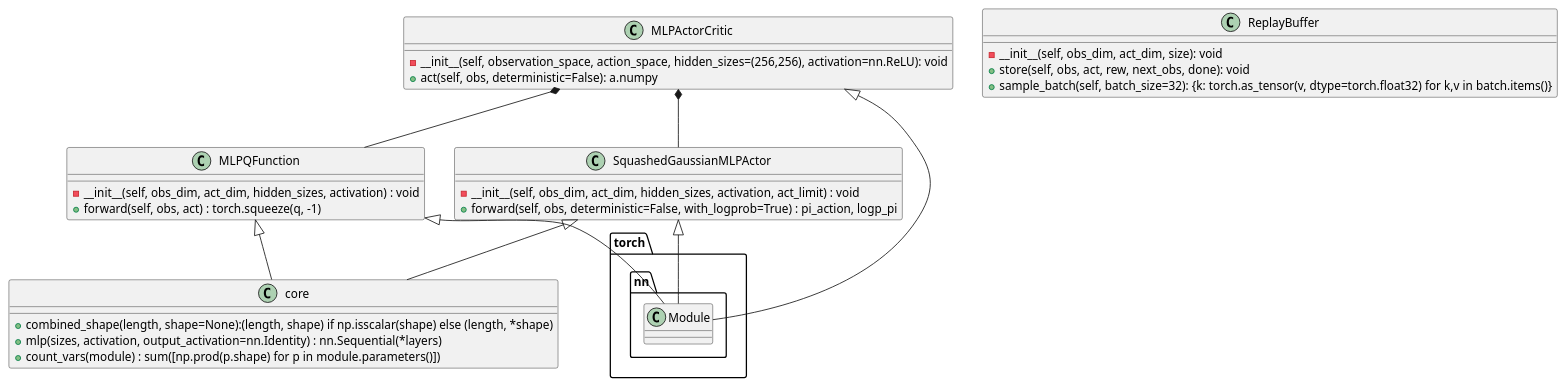
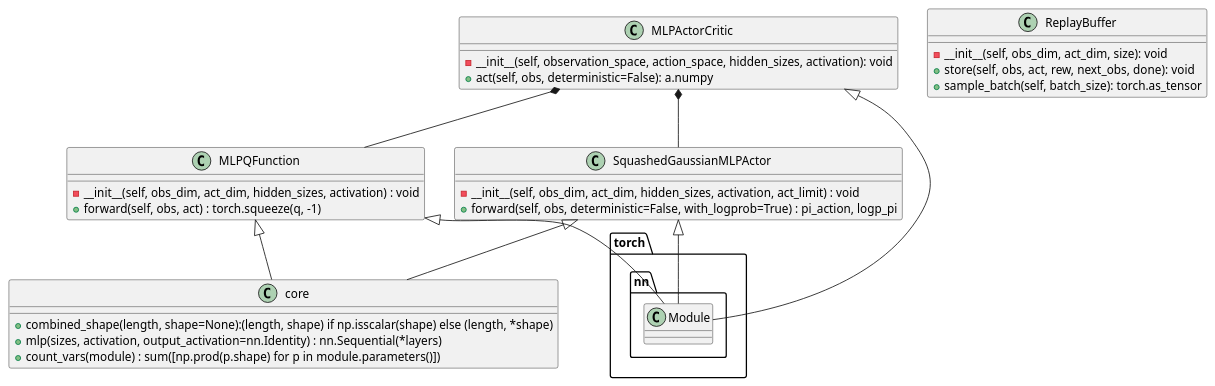
Before and after one commit to Dorebom/robot_pybullet: the diagram in docs/main_class.plantuml, drawn with PlantUML. The commit also changed 43 other files, not shown here.

```diff
--- a/docs/main_class.plantuml
+++ b/docs/main_class.plantuml
@@ -1,39 +1,39 @@
 @startuml
 
 class SquashedGaussianMLPActor {
     - __init__(self, obs_dim, act_dim, hidden_sizes, activation, act_limit) : void
     + forward(self, obs, deterministic=False, with_logprob=True) : pi_action, logp_pi
 }
 
 class MLPQFunction{
     - __init__(self, obs_dim, act_dim, hidden_sizes, activation) : void
     + forward(self, obs, act) : torch.squeeze(q, -1)
 }
 
 class MLPActorCritic{
-    - __init__(self, observation_space, action_space, hidden_sizes=(256,256), activation=nn.ReLU): void
+    - __init__(self, observation_space, action_space, hidden_sizes, activation): void
     + act(self, obs, deterministic=False): a.numpy
 }
 
 class core{
     + combined_shape(length, shape=None):(length, shape) if np.isscalar(shape) else (length, *shape)
     + mlp(sizes, activation, output_activation=nn.Identity) : nn.Sequential(*layers)
     + count_vars(module) : sum([np.prod(p.shape) for p in module.parameters()])
 }
 
 SquashedGaussianMLPActor <|-- torch.nn.Module
 MLPQFunction <|-- torch.nn.Module
 torch.nn.Module --|> MLPActorCritic
 
 SquashedGaussianMLPActor <|-- core
 MLPQFunction <|-- core
 MLPActorCritic *-- SquashedGaussianMLPActor
 MLPActorCritic *-- MLPQFunction
 
 class ReplayBuffer {
     - __init__(self, obs_dim, act_dim, size): void
     + store(self, obs, act, rew, next_obs, done): void
-    + sample_batch(self, batch_size=32): {k: torch.as_tensor(v, dtype=torch.float32) for k,v in batch.items()}
+    + sample_batch(self, batch_size): torch.as_tensor
 }
 
 @enduml
```
